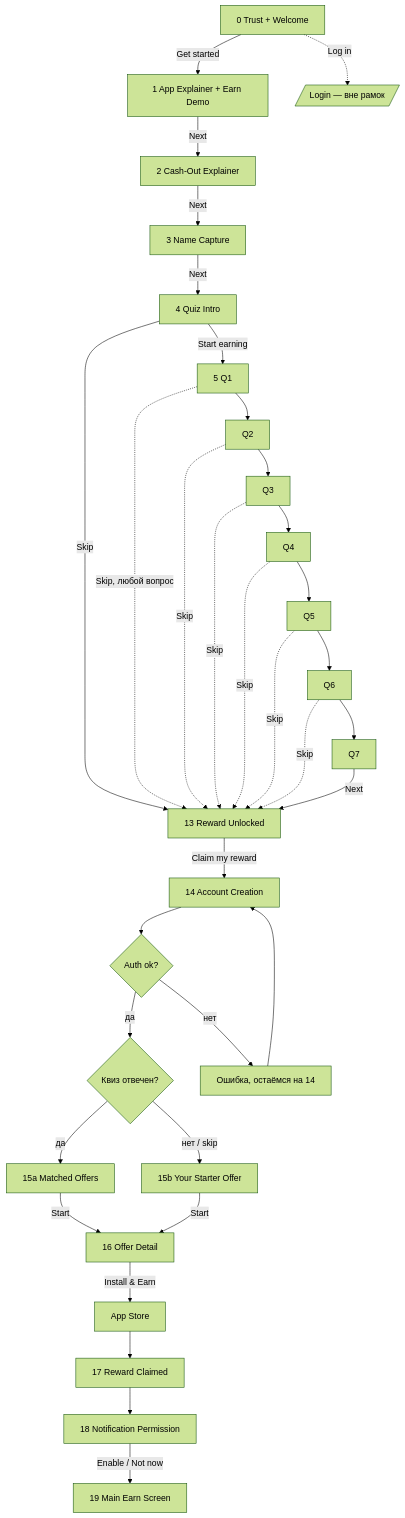
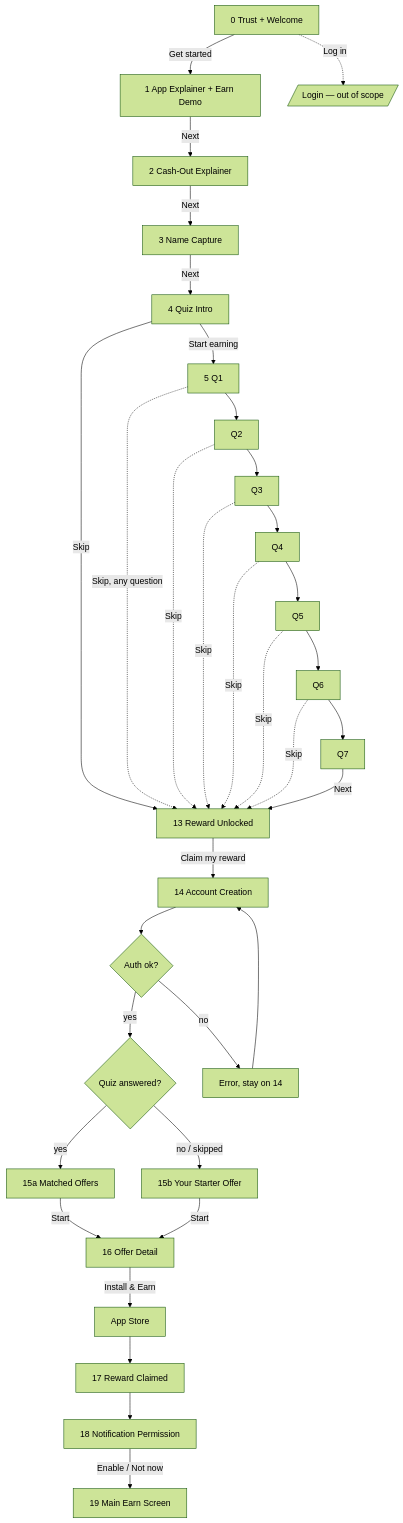
The first of 3 diagrams in flow.md (Underseamouse/Almedia), drawn with Mermaid (forest theme) before and after one commit. The commit also changed other lines of this file and 6 other files, not shown here.

````diff
--- a/flow.md
+++ b/flow.md
@@ -39,31 +44,31 @@
 ```mermaid
 flowchart TD
     S0[0 Trust + Welcome] -->|Get started| S1[1 App Explainer + Earn Demo]
-    S0 -.->|Log in| LOGIN[/Login — вне рамок/]
+    S0 -.->|Log in| LOGIN[/Login — out of scope/]
     S1 -->|Next| S2[2 Cash-Out Explainer]
     S2 -->|Next| S3[3 Name Capture]
     S3 -->|Next| S4[4 Quiz Intro]
     S4 -->|Start earning| S5[5 Q1]
     S4 -->|Skip| S13[13 Reward Unlocked]
     S5 --> S6[Q2] --> S7[Q3] --> S8[Q4] --> S9[Q5] --> S10[Q6] --> S11[Q7]
-    S5 -.->|Skip, любой вопрос| S13
+    S5 -.->|Skip, any question| S13
     S6 -.->|Skip| S13
     S7 -.->|Skip| S13
     S8 -.->|Skip| S13
     S9 -.->|Skip| S13
     S10 -.->|Skip| S13
     S11 -->|Next| S13
     S13 -->|Claim my reward| S14[14 Account Creation]
     S14 --> D1{Auth ok?}
-    D1 -->|да| D2{Квиз отвечен?}
-    D1 -->|нет| E1[Ошибка, остаёмся на 14]
+    D1 -->|yes| D2{Quiz answered?}
+    D1 -->|no| E1[Error, stay on 14]
     E1 --> S14
-    D2 -->|да| S15A[15a Matched Offers]
-    D2 -->|нет / skip| S15B[15b Your Starter Offer]
+    D2 -->|yes| S15A[15a Matched Offers]
+    D2 -->|no / skipped| S15B[15b Your Starter Offer]
     S15A -->|Start| S16[16 Offer Detail]
     S15B -->|Start| S16
     S16 -->|Install & Earn| APPSTORE[App Store]
     APPSTORE --> S17[17 Reward Claimed]
     S17 --> S18[18 Notification Permission]
     S18 -->|Enable / Not now| S19[19 Main Earn Screen]
 ```
````
